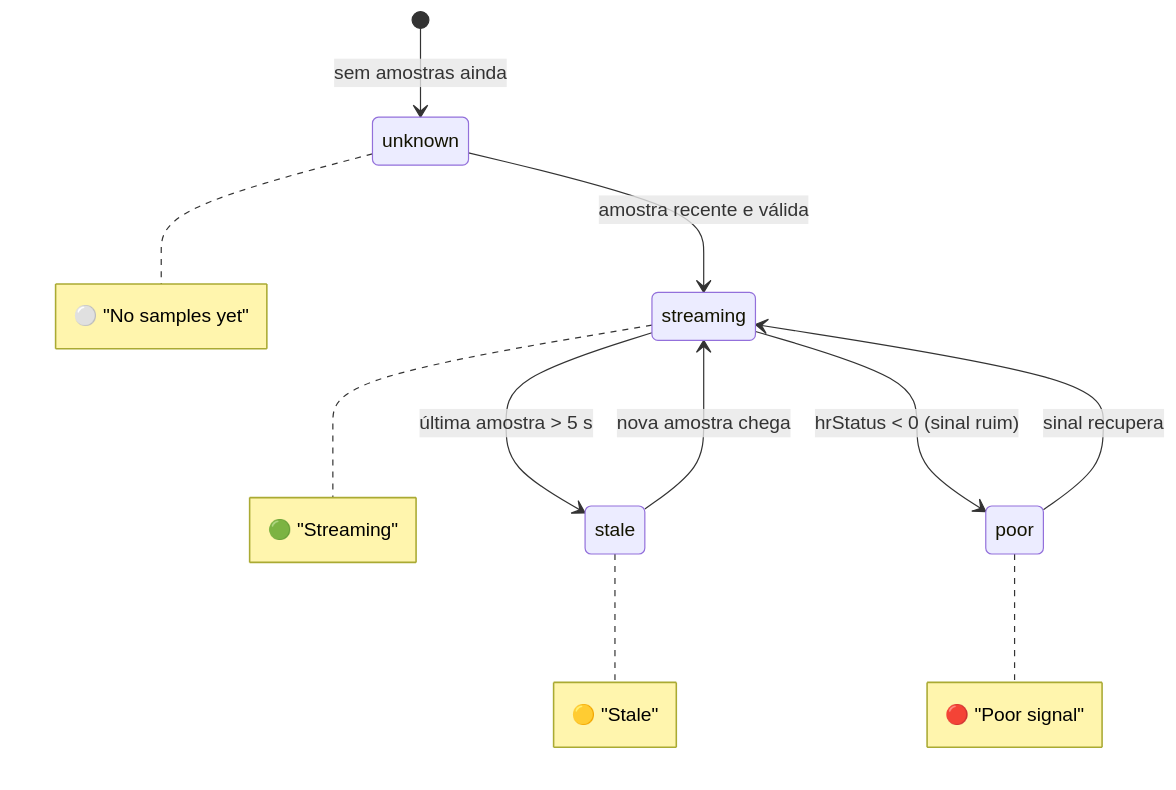
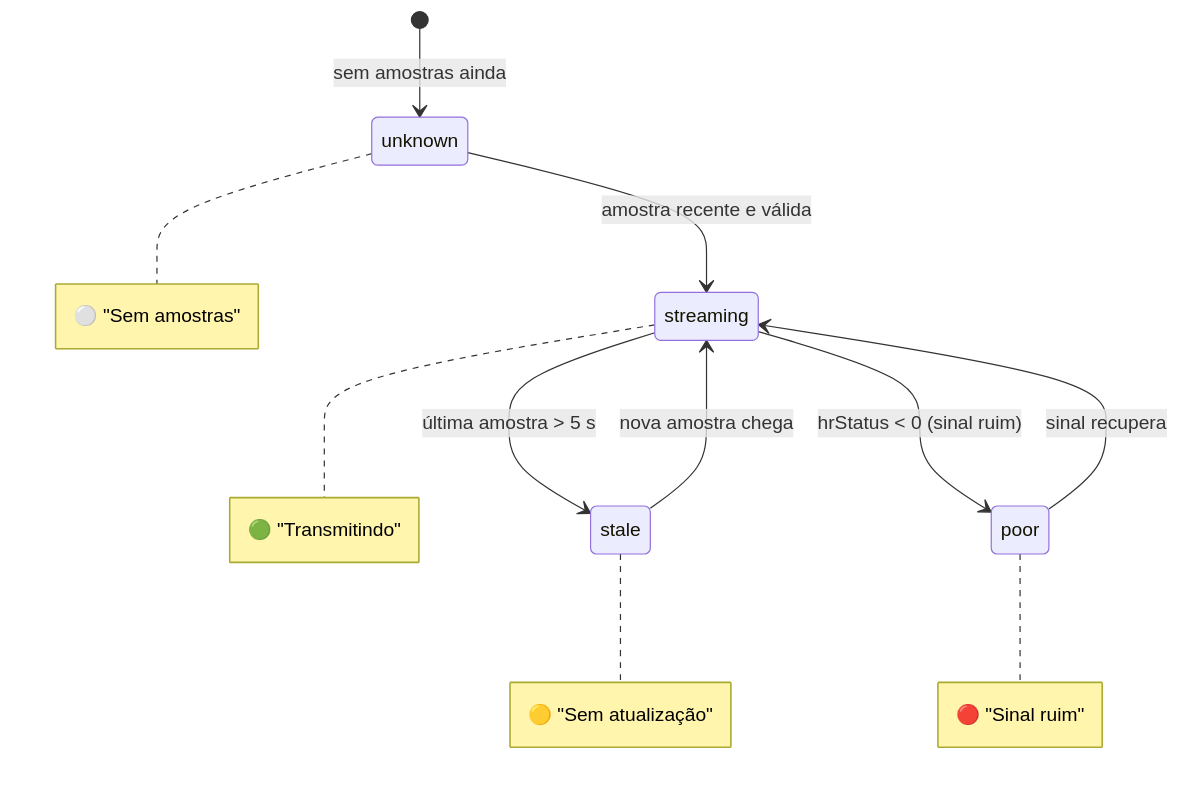
Before and after one commit to VictorBarretoAndrade/HUB-NOSSO: the eighth of 10 diagrams in GUIA-PROJETO.md, drawn with Mermaid. The commit also changed other lines of this file and 187 other files, not shown here.

````diff
--- a/GUIA-PROJETO.md
+++ b/GUIA-PROJETO.md
@@ -272,14 +272,14 @@
 ```mermaid
 stateDiagram-v2
     [*] --> unknown: sem amostras ainda
     unknown --> streaming: amostra recente e válida
     streaming --> stale: última amostra > 5 s
     streaming --> poor: hrStatus < 0 (sinal ruim)
     stale --> streaming: nova amostra chega
     poor --> streaming: sinal recupera
 
-    note right of streaming: 🟢 "Streaming"
-    note right of stale: 🟡 "Stale"
-    note right of poor: 🔴 "Poor signal"
-    note right of unknown: ⚪ "No samples yet"
+    note right of streaming: 🟢 "Transmitindo"
+    note right of stale: 🟡 "Sem atualização"
+    note right of poor: 🔴 "Sinal ruim"
+    note right of unknown: ⚪ "Sem amostras"
 ```
````
